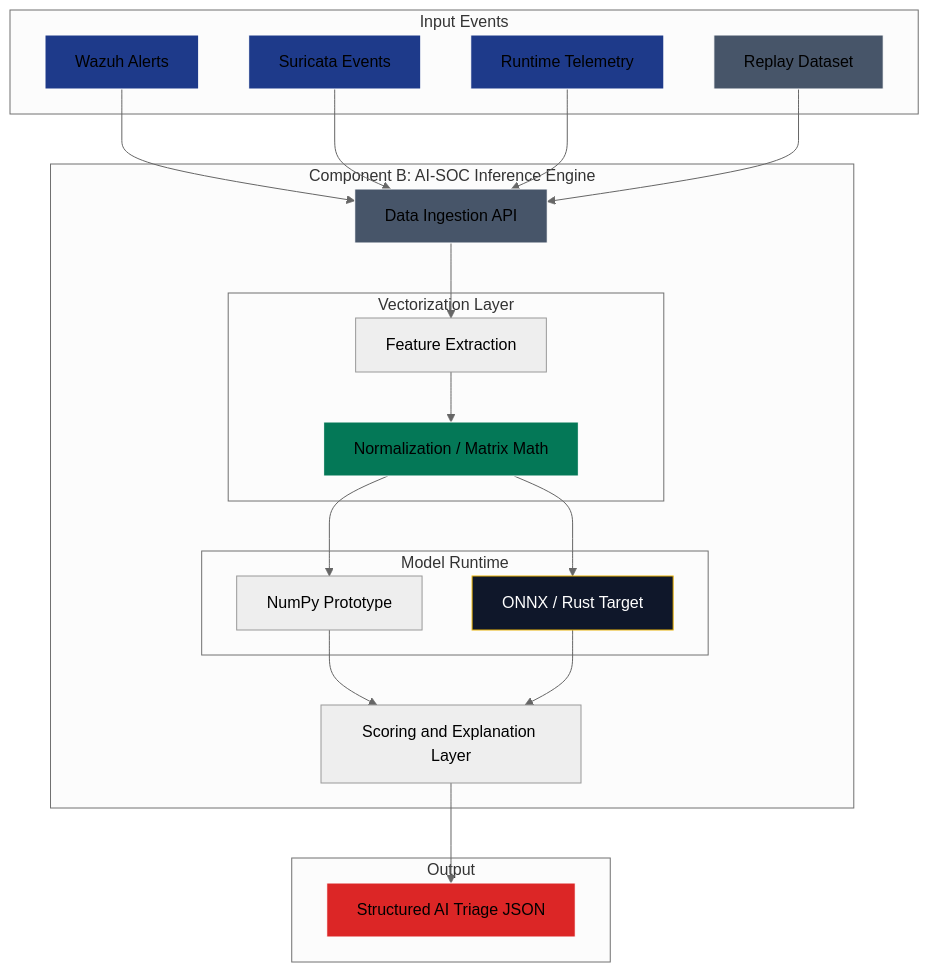
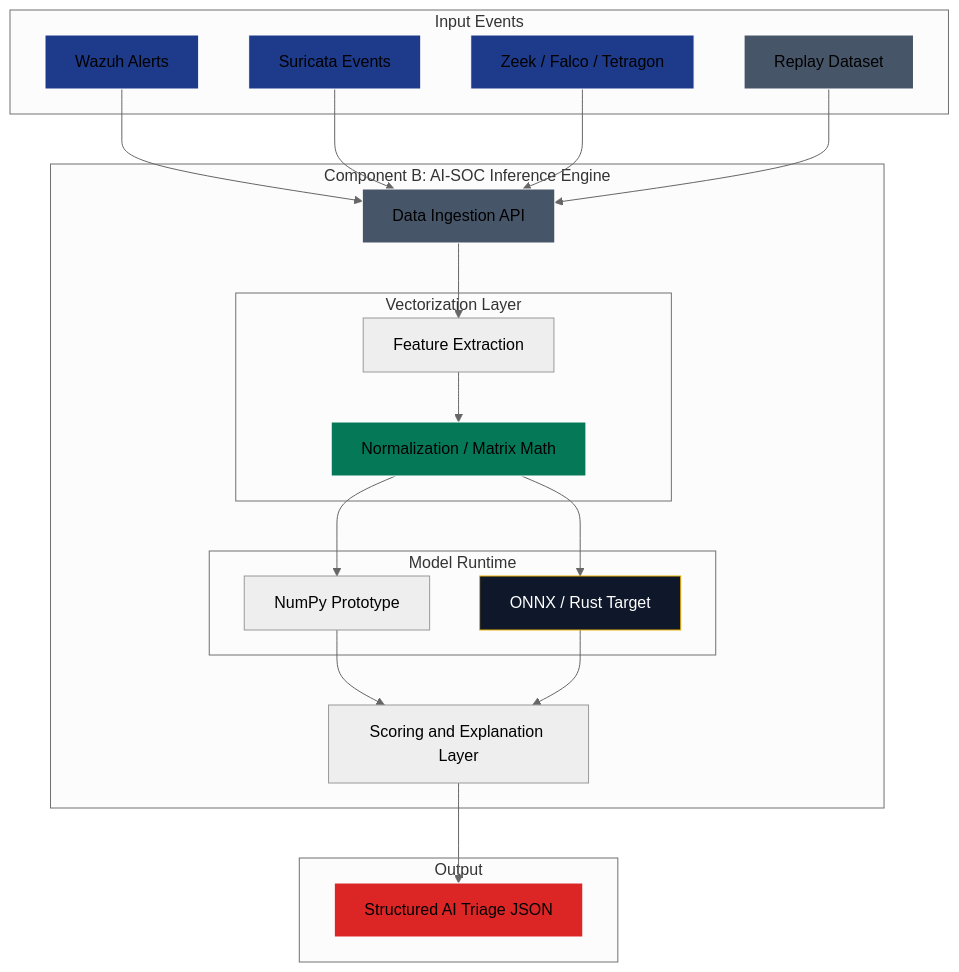
The diagram in docs/architecture/06-ai-soc-inference-engine.md (acald-creator/core-nexus), drawn with Mermaid (neutral theme) before and after one commit. The commit also changed other lines of this file and 9 other files, not shown here.

First line of the commit message:
docs: align architecture with ADR 0011 compose-your-own SOC stack

````diff
--- a/docs/architecture/06-ai-soc-inference-engine.md
+++ b/docs/architecture/06-ai-soc-inference-engine.md
@@ -31,50 +31,50 @@
 ```mermaid
 graph TD
     subgraph "Input Events"
         A[Wazuh Alerts]
         B[Suricata Events]
-        C[Runtime Telemetry]
+        C[Zeek / Falco / Tetragon]
         D[Replay Dataset]
     end
 
     subgraph "Component B: AI-SOC Inference Engine"
         E[Data Ingestion API]
 
         subgraph "Vectorization Layer"
             F[Feature Extraction]
             G[Normalization / Matrix Math]
         end
 
         subgraph "Model Runtime"
             H[NumPy Prototype]
             I[ONNX / Rust Target]
         end
 
         J[Scoring and Explanation Layer]
     end
 
     subgraph "Output"
         K[Structured AI Triage JSON]
     end
 
     A --> E
     B --> E
     C --> E
     D --> E
     E --> F
     F --> G
     G --> H
     G --> I
     H --> J
     I --> J
     J --> K
 
     style A fill:#1e3a8a,stroke:#fff
     style B fill:#1e3a8a,stroke:#fff
     style C fill:#1e3a8a,stroke:#fff
     style D fill:#475569,stroke:#fff
     style E fill:#475569,stroke:#fff
     style G fill:#047857,stroke:#fff
     style I fill:#0f172a,stroke:#eab308,color:#fff
     style K fill:#dc2626,stroke:#fff
 ```
````
